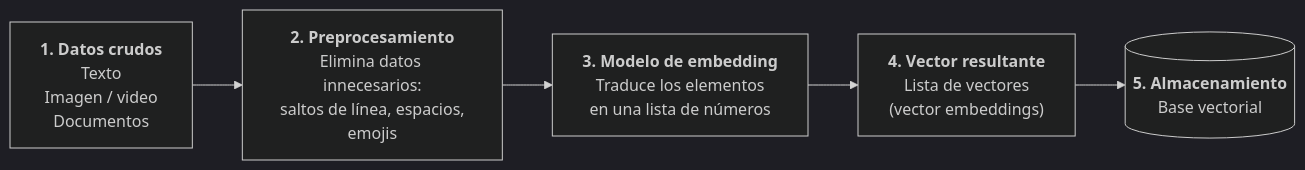
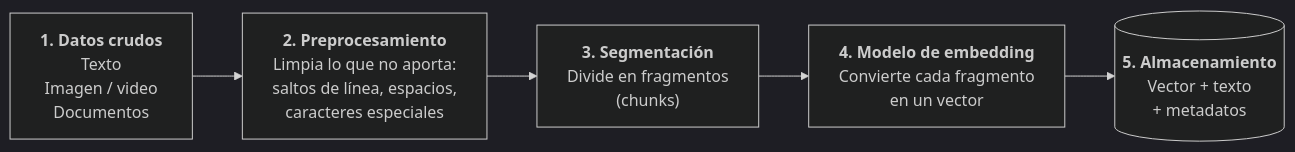
One commit to jcontrerasm/jcontrerasm.github.io changed the fourth of 7 diagrams in src/content/blog/es/que-es-rag.md. Above: the diagram before and after it, drawn with Mermaid (dark theme). The commit also changed other lines of this file and 21 other files, not shown here.

````diff
--- a/src/content/blog/es/que-es-rag.md
+++ b/src/content/blog/es/que-es-rag.md
@@ -76,9 +120,9 @@
 ```mermaid
 flowchart LR
     A["<b>1. Datos crudos</b><br/>Texto<br/>Imagen / video<br/>Documentos"]
-    B["<b>2. Preprocesamiento</b><br/>Elimina datos innecesarios:<br/>saltos de línea, espacios,<br/>emojis"]
-    C["<b>3. Modelo de embedding</b><br/>Traduce los elementos<br/>en una lista de números"]
-    D["<b>4. Vector resultante</b><br/>Lista de vectores<br/>(vector embeddings)"]
-    E[("<b>5. Almacenamiento</b><br/>Base vectorial")]
+    B["<b>2. Preprocesamiento</b><br/>Limpia lo que no aporta:<br/>saltos de línea, espacios,<br/>caracteres especiales"]
+    C["<b>3. Segmentación</b><br/>Divide en fragmentos<br/>(chunks)"]
+    D["<b>4. Modelo de embedding</b><br/>Convierte cada fragmento<br/>en un vector"]
+    E[("<b>5. Almacenamiento</b><br/>Vector + texto<br/>+ metadatos")]
     A --> B --> C --> D --> E
 ```
````
